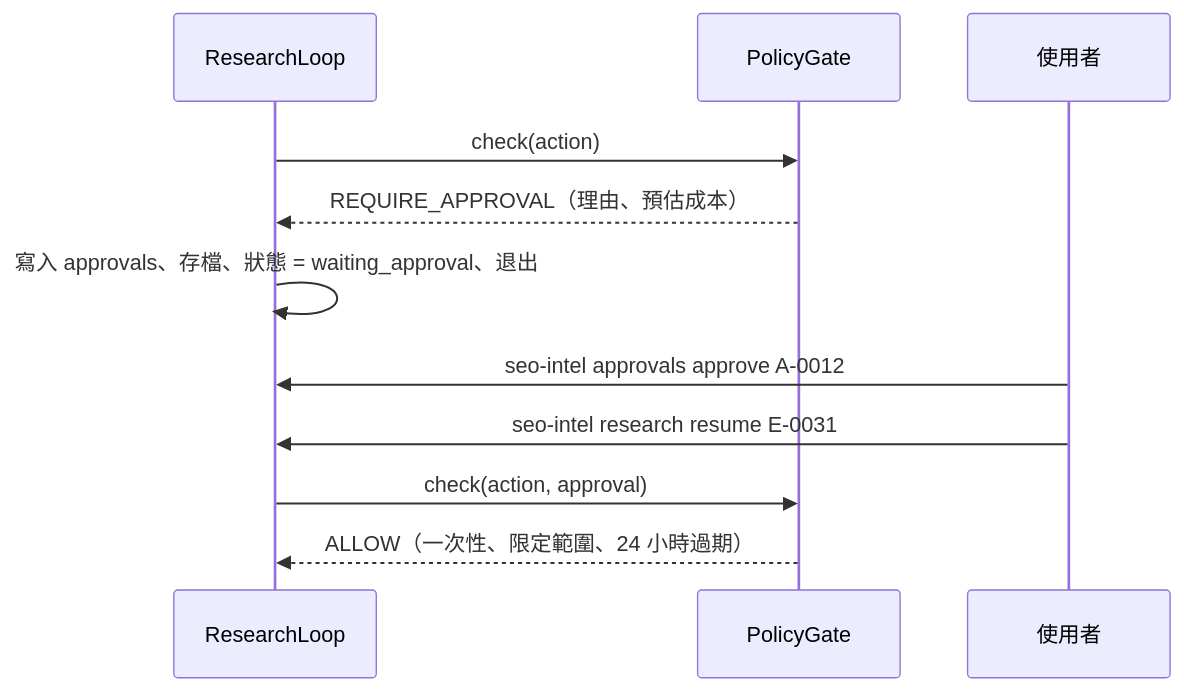
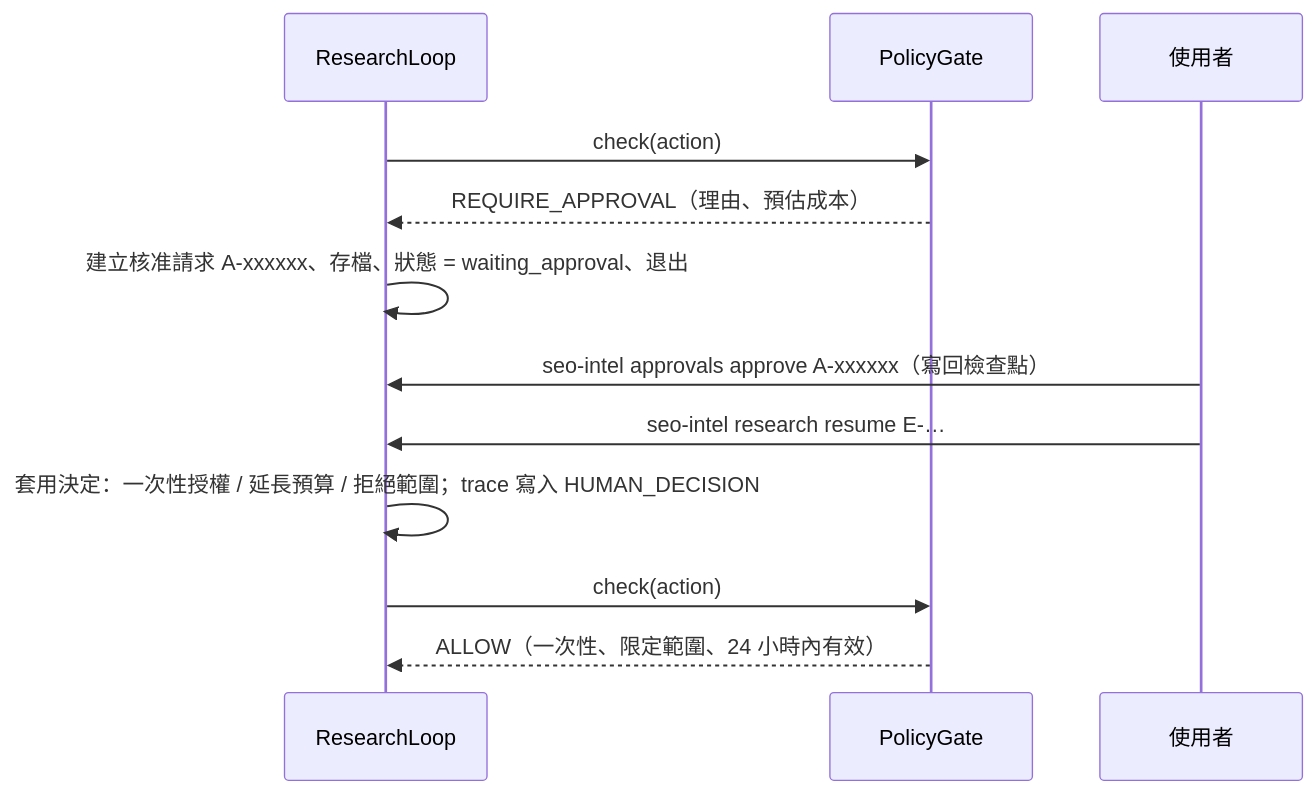
The diagram in docs/06-reliability-and-autonomy.md (talence-huang/seo-test), drawn with Mermaid before and after one commit. The commit also changed other lines of this file and 23 other files, not shown here.

````diff
--- a/docs/06-reliability-and-autonomy.md
+++ b/docs/06-reliability-and-autonomy.md
@@ -74,13 +81,14 @@
 ```mermaid
 sequenceDiagram
     participant L as ResearchLoop
     participant G as PolicyGate
     participant U as 使用者
     L->>G: check(action)
     G-->>L: REQUIRE_APPROVAL（理由、預估成本）
-    L->>L: 寫入 approvals、存檔、狀態 = waiting_approval、退出
-    U->>L: seo-intel approvals approve A-0012
-    U->>L: seo-intel research resume E-0031
-    L->>G: check(action, approval)
-    G-->>L: ALLOW（一次性、限定範圍、24 小時過期）
+    L->>L: 建立核准請求 A-xxxxxx、存檔、狀態 = waiting_approval、退出
+    U->>L: seo-intel approvals approve A-xxxxxx（寫回檢查點）
+    U->>L: seo-intel research resume E-…
+    L->>L: 套用決定：一次性授權 / 延長預算 / 拒絕範圍；trace 寫入 HUMAN_DECISION
+    L->>G: check(action)
+    G-->>L: ALLOW（一次性、限定範圍、24 小時內有效）
 ```
````
